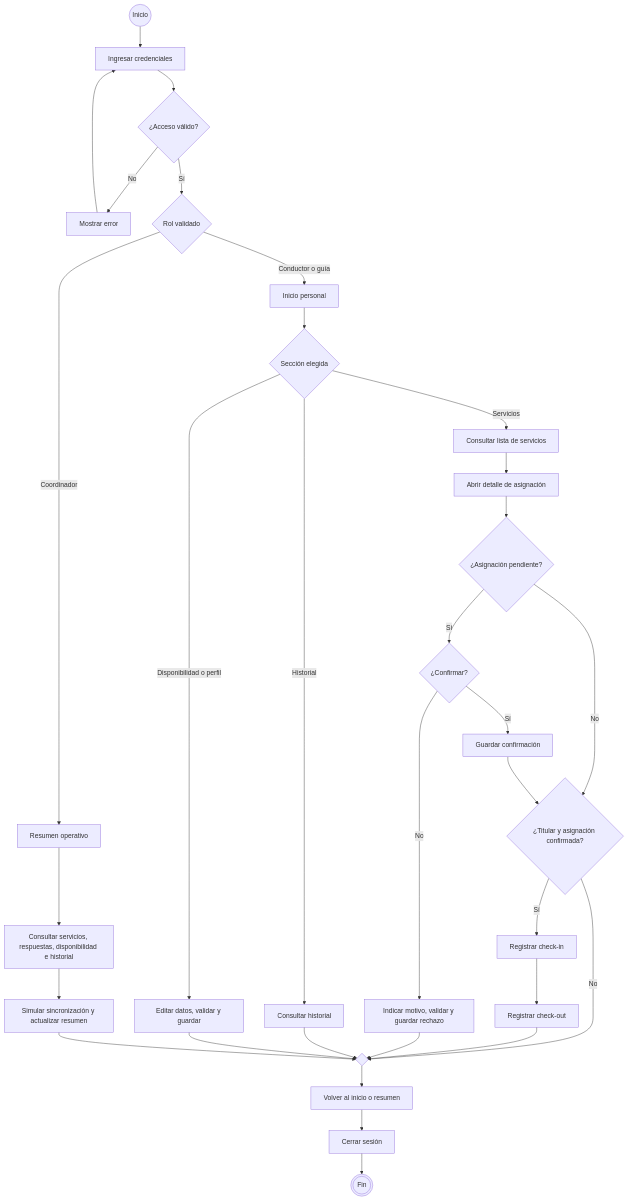
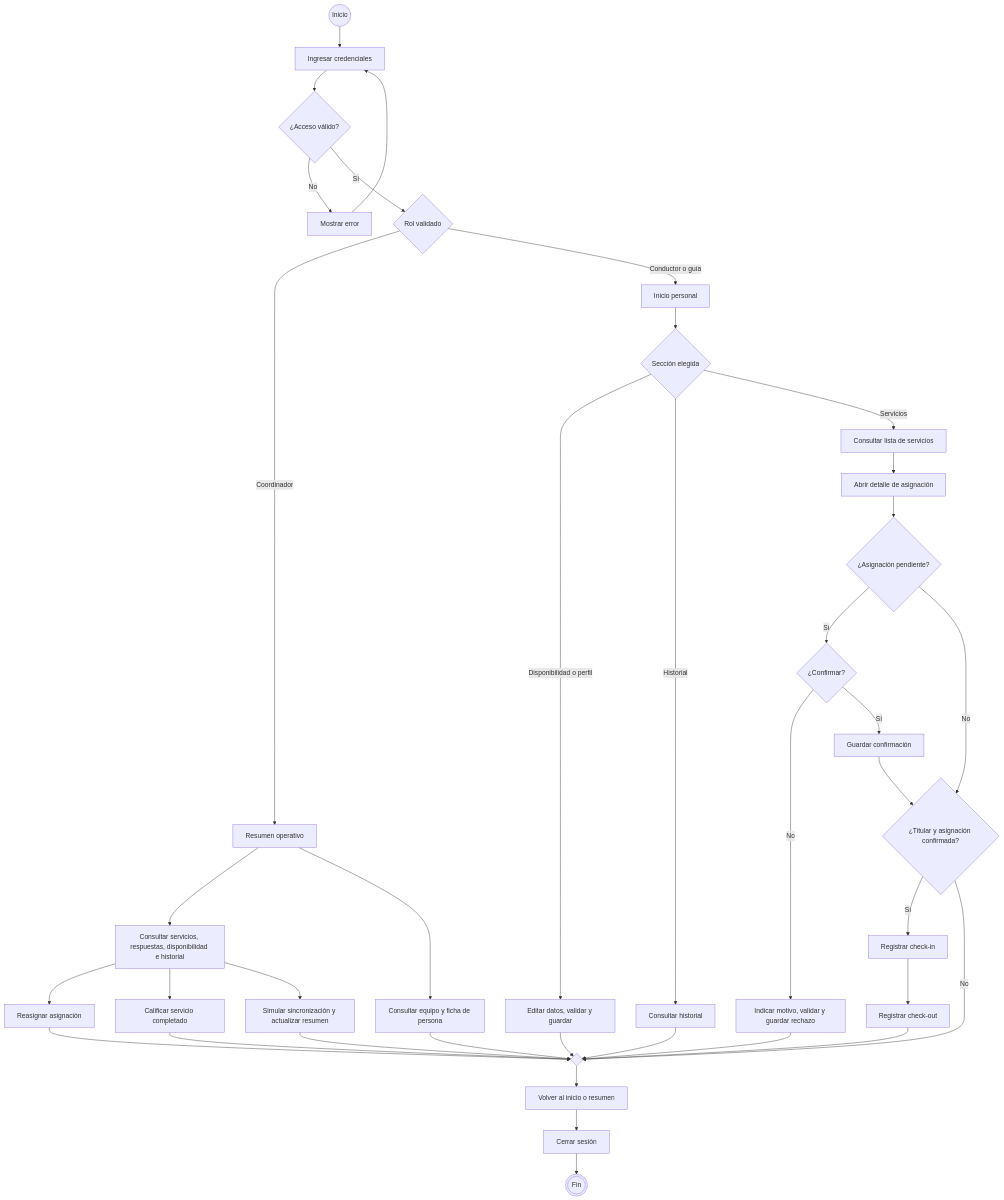
Before and after one commit to Lguille99/Proyecto-Lince: the diagram in README.md, drawn with Mermaid. The commit also changed other lines of this file and 4 other files, not shown here.

````diff
--- a/README.md
+++ b/README.md
@@ -86,34 +86,40 @@
 ```mermaid
 flowchart TD
     A((Inicio)) --> B[Ingresar credenciales]
     B --> C{¿Acceso válido?}
     C -->|No| E[Mostrar error]
     E --> B
     C -->|Sí| R{Rol validado}
     R -->|Coordinador| CO[Resumen operativo]
     CO --> CR[Consultar servicios, respuestas, disponibilidad e historial]
+    CO --> EQ[Consultar equipo y ficha de persona]
+    CR --> RA[Reasignar asignación]
+    CR --> CA[Calificar servicio completado]
     CR --> CS[Simular sincronización y actualizar resumen]
     R -->|Conductor o guía| H[Inicio personal]
     H --> M{Sección elegida}
     M -->|Disponibilidad o perfil| ED[Editar datos, validar y guardar]
     M -->|Historial| HI[Consultar historial]
     M -->|Servicios| L[Consultar lista de servicios]
     L --> DT[Abrir detalle de asignación]
     DT --> P{¿Asignación pendiente?}
     P -->|Sí| Q{¿Confirmar?}
     Q -->|No| RE[Indicar motivo, validar y guardar rechazo]
     Q -->|Sí| OK[Guardar confirmación]
     P -->|No| DR{¿Titular y asignación confirmada?}
     OK --> DR
     DR -->|Sí| IN[Registrar check-in]
     IN --> OUT[Registrar check-out]
     DR -->|No| MERGE{ }
     OUT --> MERGE
     RE --> MERGE
     HI --> MERGE
     ED --> MERGE
     CS --> MERGE
+    EQ --> MERGE
+    RA --> MERGE
+    CA --> MERGE
     MERGE --> RETURN[Volver al inicio o resumen]
     RETURN --> EXIT[Cerrar sesión]
     EXIT --> END(((Fin)))
 ```
````
